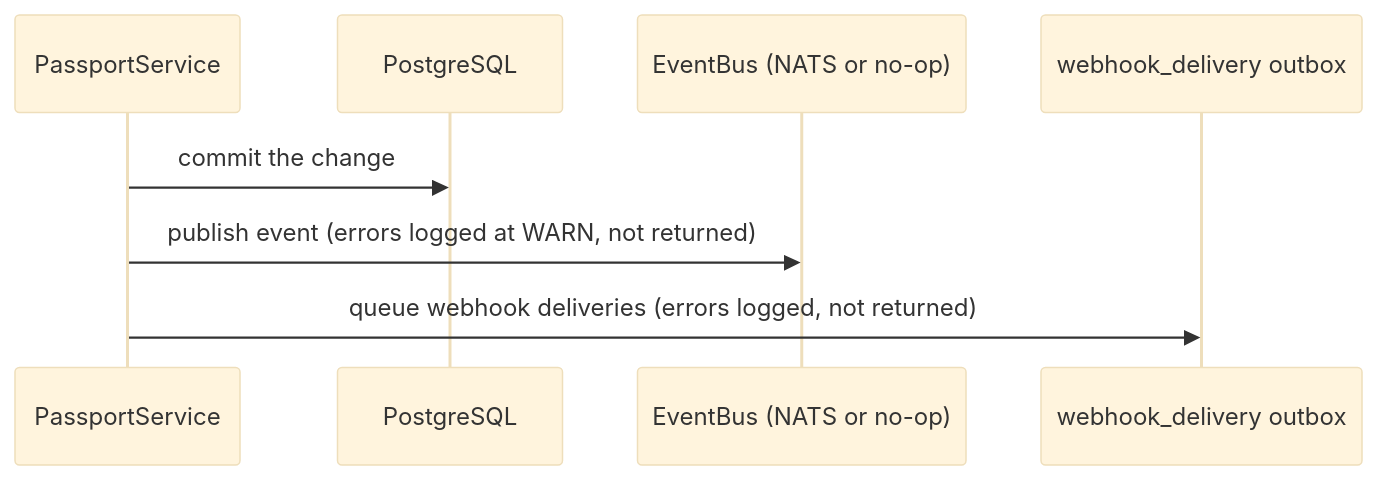
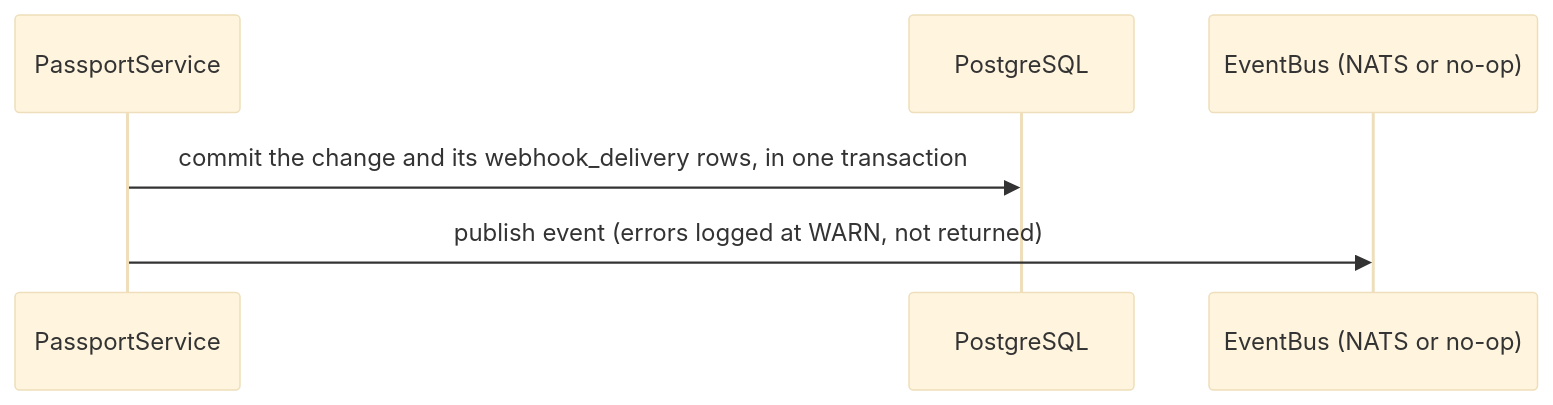
Before and after one commit to odal-node/dpp-engine: the diagram in docs/architecture/EVENT-BUS.md, drawn with Mermaid (base theme). The commit also changed other lines of this file and 12 other files, not shown here.

````diff
--- a/docs/architecture/EVENT-BUS.md
+++ b/docs/architecture/EVENT-BUS.md
@@ -72,10 +72,8 @@
 ```mermaid
 sequenceDiagram
     participant S as PassportService
     participant P as PostgreSQL
     participant B as EventBus (NATS or no-op)
-    participant W as webhook_delivery outbox
-    S->>P: commit the change
+    S->>P: commit the change and its webhook_delivery rows, in one transaction
     S->>B: publish event (errors logged at WARN, not returned)
-    S->>W: queue webhook deliveries (errors logged, not returned)
 ```
````
